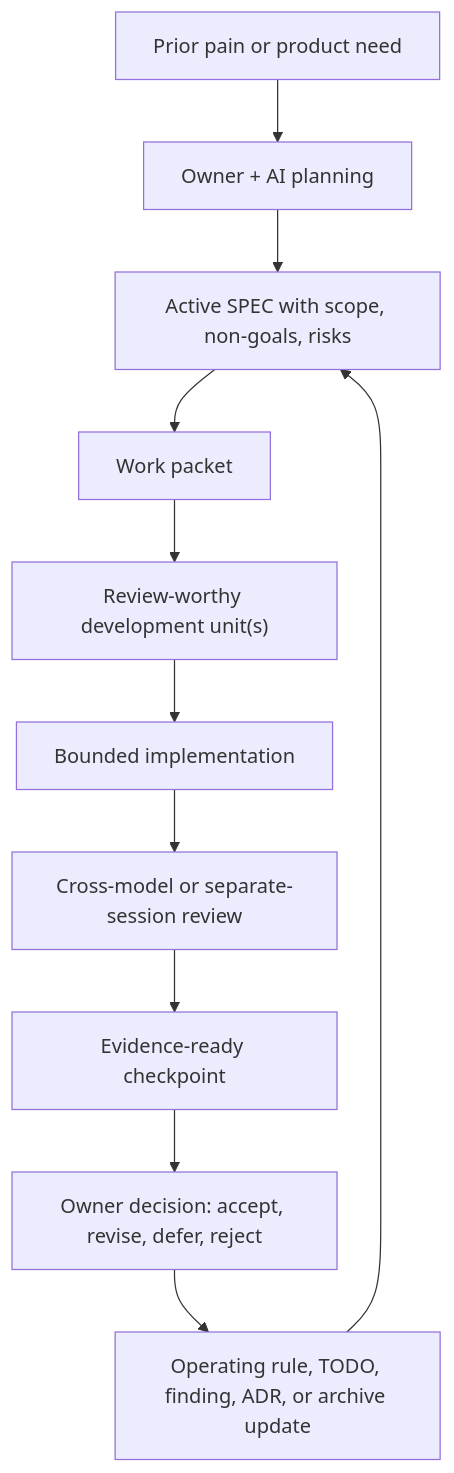
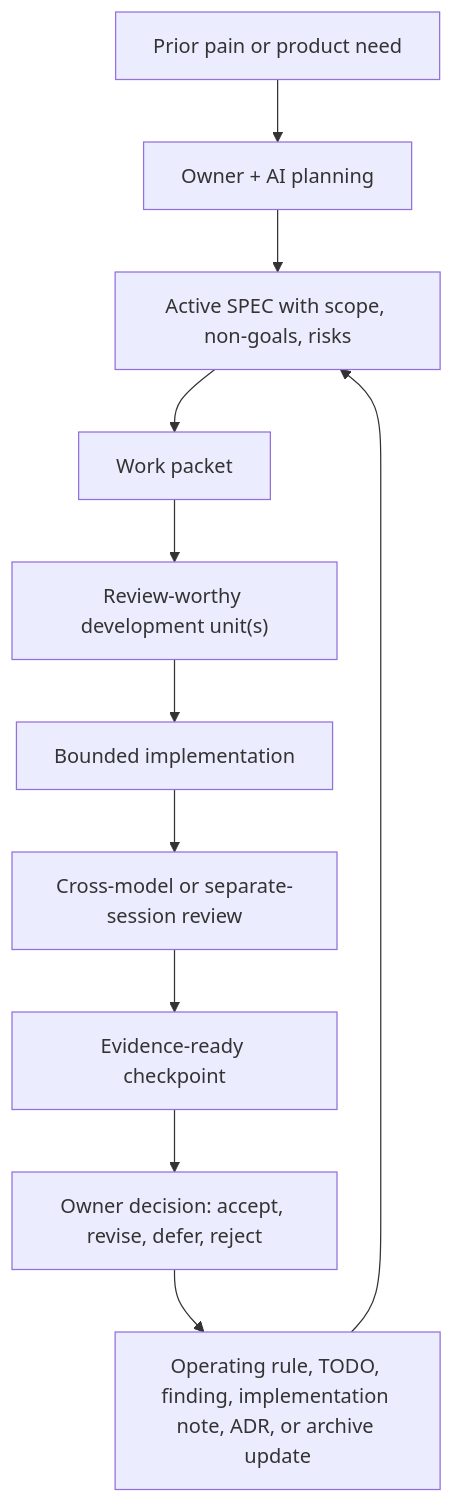
One commit to LiveTrack-X/spec-driven-ai-development changed the first of 6 diagrams in docs/diagrams.md. Above: the diagram before and after it, drawn with Mermaid. The commit also changed other lines of this file and 41 other files, not shown here.

````diff
--- a/docs/diagrams.md
+++ b/docs/diagrams.md
@@ -8,13 +8,13 @@
 ```mermaid
 flowchart TD
     A["Prior pain or product need"] --> B["Owner + AI planning"]
     B --> C["Active SPEC with scope, non-goals, risks"]
     C --> D["Work packet"]
     D --> E["Review-worthy development unit(s)"]
     E --> F["Bounded implementation"]
     F --> G["Cross-model or separate-session review"]
     G --> H["Evidence-ready checkpoint"]
     H --> I["Owner decision: accept, revise, defer, reject"]
-    I --> J["Operating rule, TODO, finding, ADR, or archive update"]
+    I --> J["Operating rule, TODO, finding, implementation note, ADR, or archive update"]
     J --> C
 ```
````
